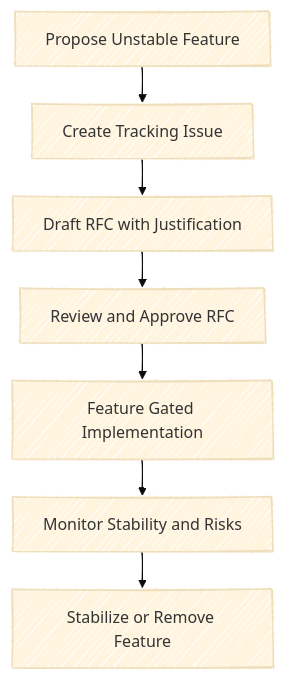
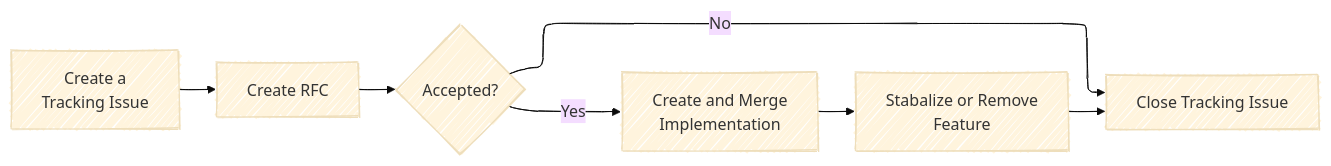
The diagram in docs/src/dev/unstable.md (OpenDevicePartnership/patina), drawn with Mermaid (base theme) before and after one commit. The commit also changed other lines of this file and 1 other file, not shown here.

First line of the commit message:
Add rustc feature gate tracking issue requirements

````diff
--- a/docs/src/dev/unstable.md
+++ b/docs/src/dev/unstable.md
@@ -50,14 +42,14 @@
 ```mermaid
 ---
 config:
   layout: elk
   look: handDrawn
 ---
-graph TD
-    A[Propose Unstable Feature] --> B[Create Tracking Issue]
-    B --> C[Draft RFC with Justification]
-    C --> D[Review and Approve RFC]
-    D --> E[Feature Gated Implementation]
-    E --> F[Monitor Stability and Risks]
-    F --> G[Stabilize or Remove Feature]
+flowchart LR
+    A["Create a <br> Tracking Issue"] --> B["Create RFC"]
+    B --> C{"Accepted?"}
+    C -- Yes --> D["Create and Merge <br> Implementation"]
+    D --> E["Stabalize or Remove <br> Feature"]
+    E --> Z["Close Tracking Issue"]
+    C -- No --> Z
 ```
````
